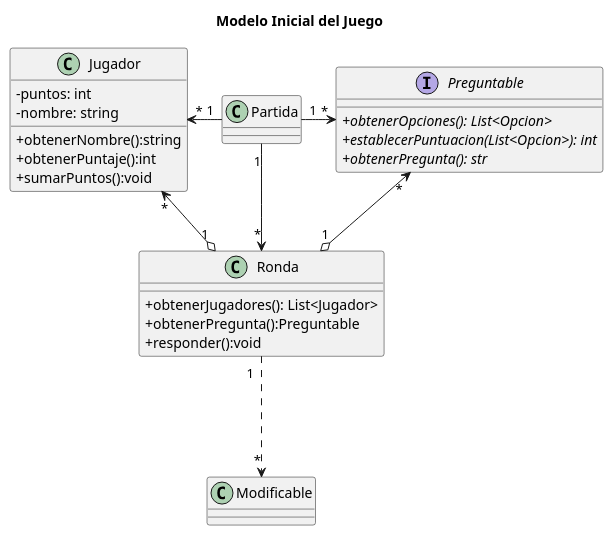
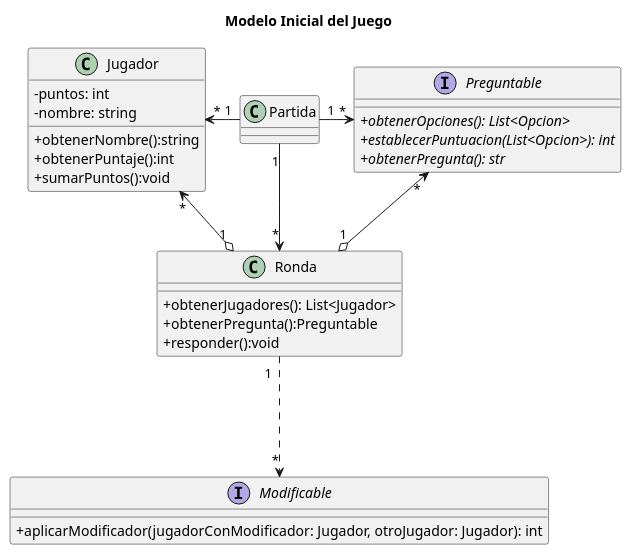
Before and after one commit to gylopezgiles/TP2: the diagram in doc/Diagramas/Diagramas_Clase/partida/partida.plantuml, drawn with PlantUML. The commit also changed 2 other files, not shown here.

Commit message:
agrego tests y actualizo diagramas

```diff
--- a/doc/Diagramas/Diagramas_Clase/partida/partida.plantuml
+++ b/doc/Diagramas/Diagramas_Clase/partida/partida.plantuml
@@ -1,50 +1,50 @@
 @startuml
 title Modelo Inicial del Juego
 skinparam classAttributeIconSize 0
 
 class Partida{
 }
 
 
 class Jugador{
     - puntos: int
     - nombre: string
 
     + obtenerNombre():string
     + obtenerPuntaje():int
     + sumarPuntos():void
 }
 
 interface Preguntable{
     + {abstract}obtenerOpciones(): List<Opcion>
     + {abstract}establecerPuntuacion(List<Opcion>): int
     + {abstract}obtenerPregunta(): str
 
 }
 
 class Ronda{
     ' - jugadores: List<Jugador>
     ' - pregunta: Preguntable
 
     + obtenerJugadores(): List<Jugador>
     + obtenerPregunta():Preguntable
     + responder():void
 }
 
-class Modificable{
-
+interface Modificable{
+    + aplicarModificador(jugadorConModificador: Jugador, otroJugador: Jugador): int
 }
 
 
 
 Partida "1"-left->"*" Jugador
 
 Partida "1"->"*" Preguntable
 
 Partida "1" -down->"*" Ronda
 Ronda "1  "-down..>"*" Modificable
 Ronda "1" o-up->"*" Preguntable
 Ronda "1" o-left->"*"Jugador
 
 
 @enduml
```
